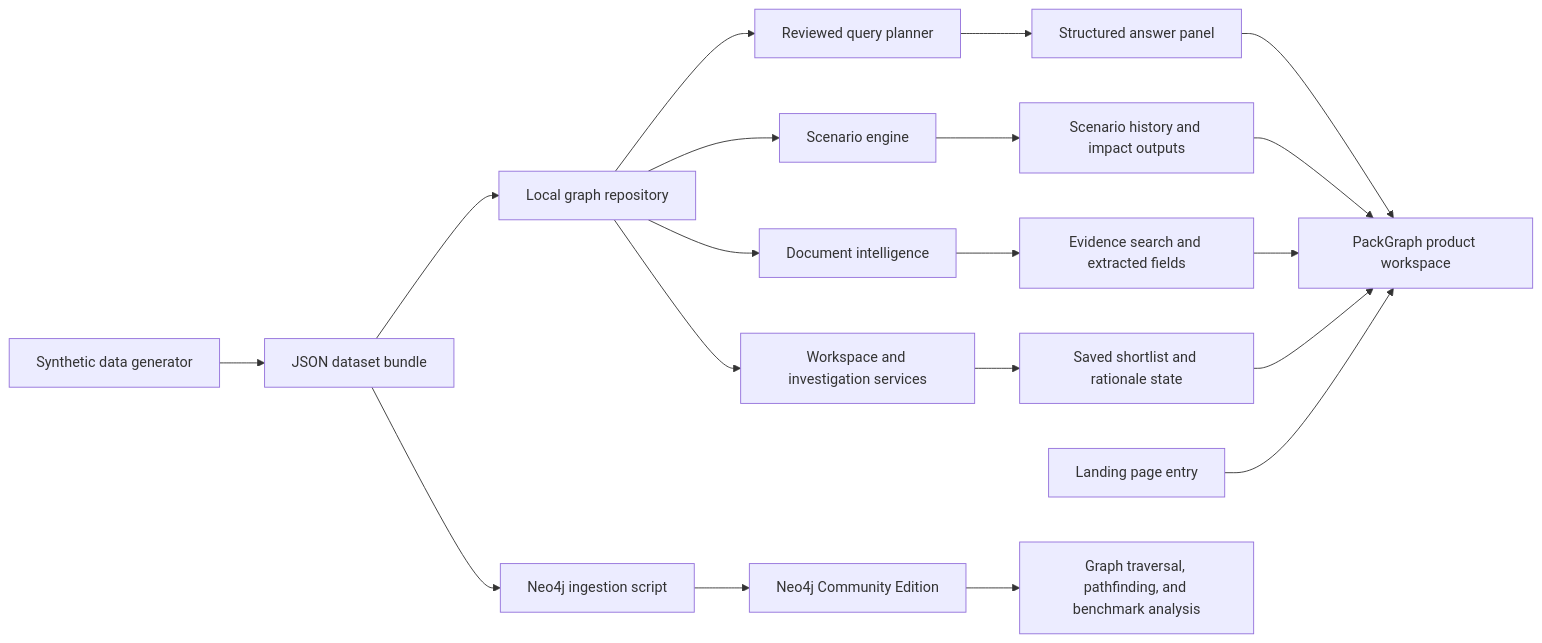
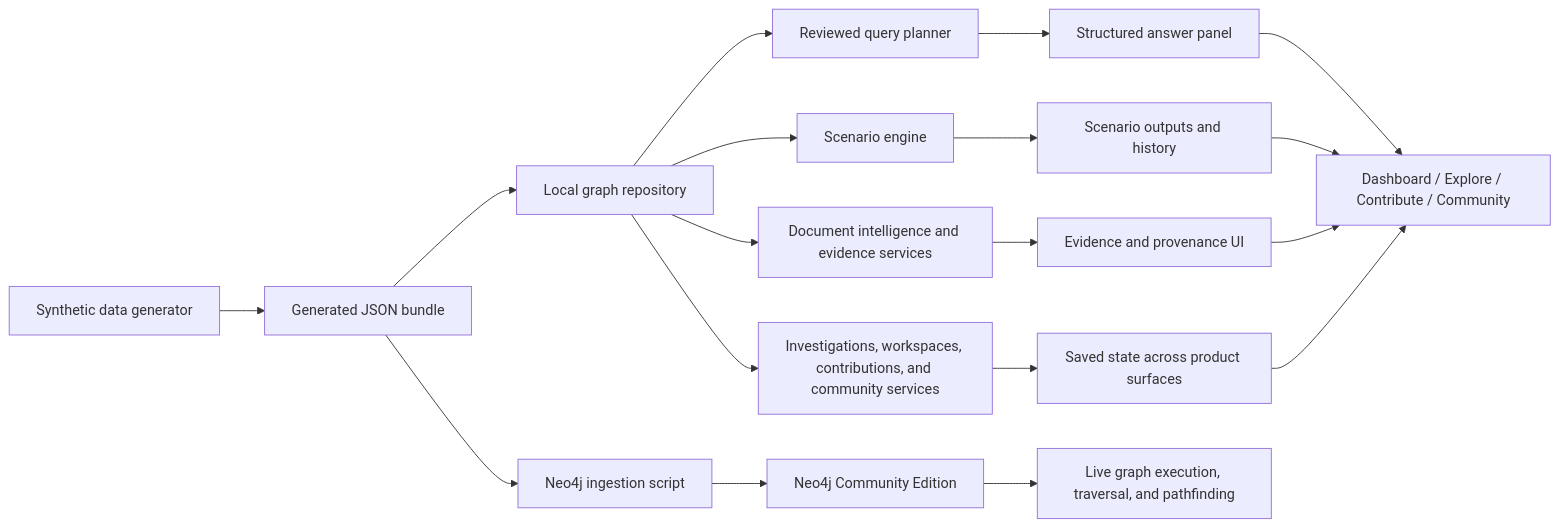
Before and after one commit to Whauv/PackGraph-Lab: the diagram in README.md, drawn with Mermaid. The commit also changed other lines of this file, not shown here.

Commit message:
Improve README project overview and product documentation

````diff
--- a/README.md
+++ b/README.md
@@ -168,21 +135,20 @@
 ```mermaid
 flowchart LR
-    A["Synthetic data generator"] --> B["JSON dataset bundle"]
+    A["Synthetic data generator"] --> B["Generated JSON bundle"]
     B --> C["Local graph repository"]
     B --> D["Neo4j ingestion script"]
     D --> E["Neo4j Community Edition"]
     C --> F["Reviewed query planner"]
     C --> G["Scenario engine"]
-    C --> H["Document intelligence"]
-    C --> I["Workspace and investigation services"]
+    C --> H["Document intelligence and evidence services"]
+    C --> I["Investigations, workspaces, contributions, and community services"]
     F --> J["Structured answer panel"]
-    G --> K["Scenario history and impact outputs"]
-    H --> L["Evidence search and extracted fields"]
-    I --> M["Saved shortlist and rationale state"]
-    J --> N["PackGraph product workspace"]
+    G --> K["Scenario outputs and history"]
+    H --> L["Evidence and provenance UI"]
+    I --> M["Saved state across product surfaces"]
+    J --> N["Dashboard / Explore / Contribute / Community"]
     K --> N
     L --> N
     M --> N
-    O["Landing page entry"] --> N
-    E --> P["Graph traversal, pathfinding, and benchmark analysis"]
+    E --> O["Live graph execution, traversal, and pathfinding"]
 ```
````
